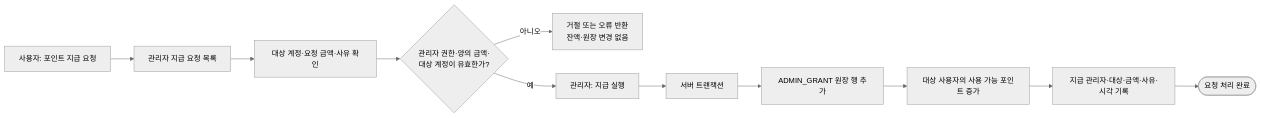
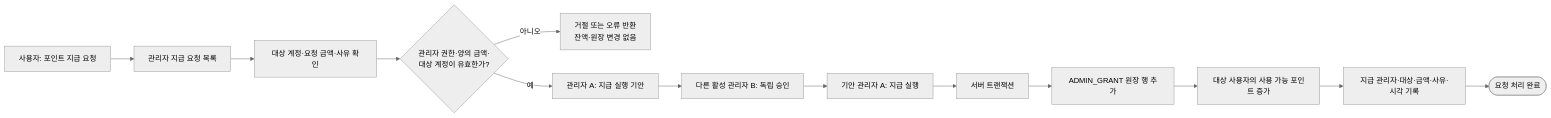
Before and after one commit to LEE-JAKE-123/taxi-ta-share: the fifth of 6 diagrams in docs/user-journey.md, drawn with Mermaid (neutral theme). The commit also changed other lines of this file and 19 other files, not shown here.

````diff
--- a/docs/user-journey.md
+++ b/docs/user-journey.md
@@ -160,14 +174,16 @@
 ```mermaid
 flowchart LR
   request[사용자: 포인트 지급 요청] --> queue[관리자 지급 요청 목록]
   queue --> review[대상 계정·요청 금액·사유 확인]
   review --> valid{관리자 권한·양의 금액·<br/>대상 계정이 유효한가?}
 
   valid -- 아니오 --> reject[거절 또는 오류 반환<br/>잔액·원장 변경 없음]
-  valid -- 예 --> grant[관리자: 지급 실행]
-  grant --> transaction[서버 트랜잭션]
+  valid -- 예 --> propose[관리자 A: 지급 실행 기안]
+  propose --> approval[다른 활성 관리자 B: 독립 승인]
+  approval --> execute[기안 관리자 A: 지급 실행]
+  execute --> transaction[서버 트랜잭션]
   transaction --> ledger[ADMIN_GRANT 원장 행 추가]
   ledger --> balance[대상 사용자의 사용 가능 포인트 증가]
   balance --> audit[지급 관리자·대상·금액·사유·시각 기록]
   audit --> fulfilled([요청 처리 완료])
 ```
````
